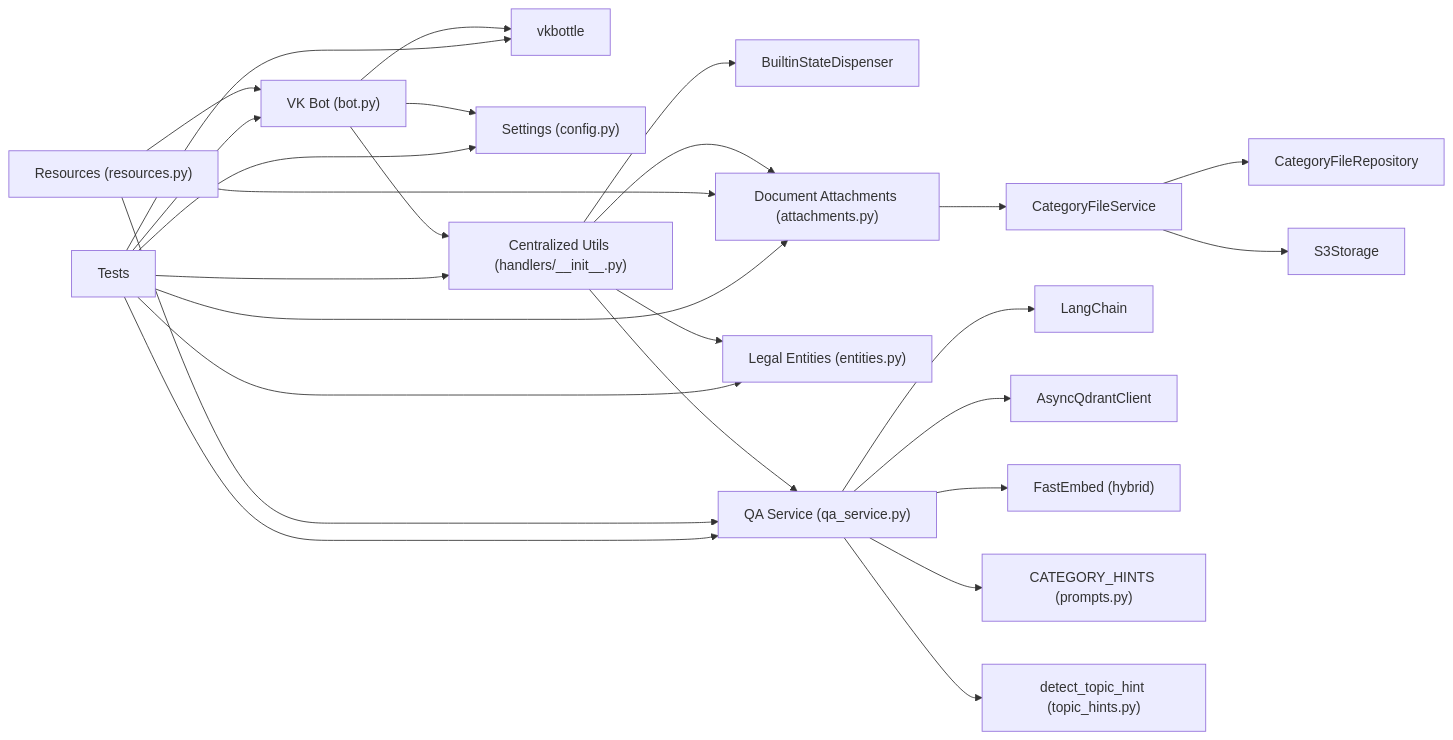
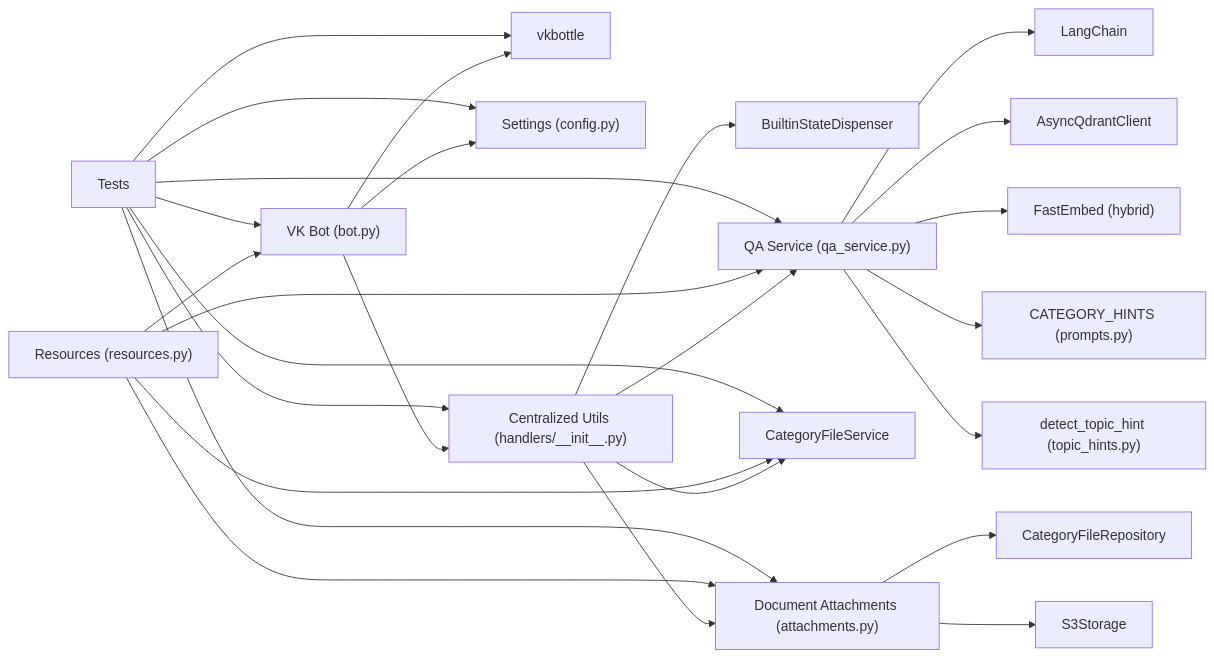
Before and after one commit to ognelis/cafetera_hr_bot: diagram 29 of 29 in .qoder/repowiki/en/content/VK Integration/VK Integration.md, drawn with Mermaid. The commit also changed other lines of this file and 139 other files, not shown here.

````diff
--- a/.qoder/repowiki/en/content/VK Integration/VK Integration.md
+++ b/.qoder/repowiki/en/content/VK Integration/VK Integration.md
@@ -1516,28 +1505,28 @@
 ```mermaid
 graph LR
 VKBot["VK Bot (bot.py)"] --> VKFw["vkbottle"]
 VKBot --> Cfg["Settings (config.py)"]
 VKBot --> Utils["Centralized Utils (handlers/__init__.py)"]
 Utils --> SD["BuiltinStateDispenser"]
 Utils --> QA["QA Service (qa_service.py)"]
-Utils --> Entities["Legal Entities (entities.py)"]
+Utils --> CategoryService["CategoryFileService"]
 Utils --> Attachments["Document Attachments (attachments.py)"]
-Attachments --> CFService["CategoryFileService"]
-CFService --> CFRepo["CategoryFileRepository"]
-CFService --> S3["S3Storage"]
+Attachments --> CategoryRepo["CategoryFileRepository"]
+Attachments --> S3["S3Storage"]
 QA --> LangChain["LangChain"]
 QA --> AsyncQdrant["AsyncQdrantClient"]
 QA --> FastEmbed["FastEmbed (hybrid)"]
 QA --> Prompts["CATEGORY_HINTS (prompts.py)"]
 QA --> TopicHints["detect_topic_hint (topic_hints.py)"]
 Resources["Resources (resources.py)"] --> VKBot
 Resources --> QA
+Resources --> CategoryService
 Resources --> Attachments
 Tests["Tests"] --> VKBot
 Tests --> Utils
 Tests --> QA
-Tests --> Entities
+Tests --> CategoryService
 Tests --> Attachments
 Tests --> VKFw
 Tests --> Cfg
 ```
````
